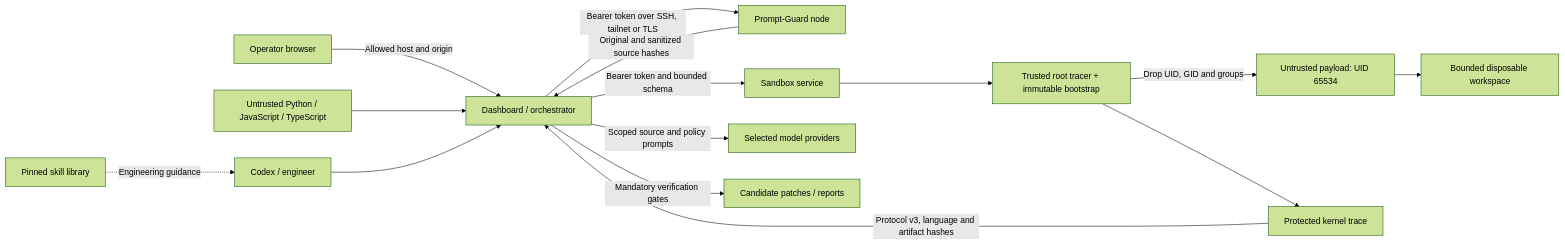
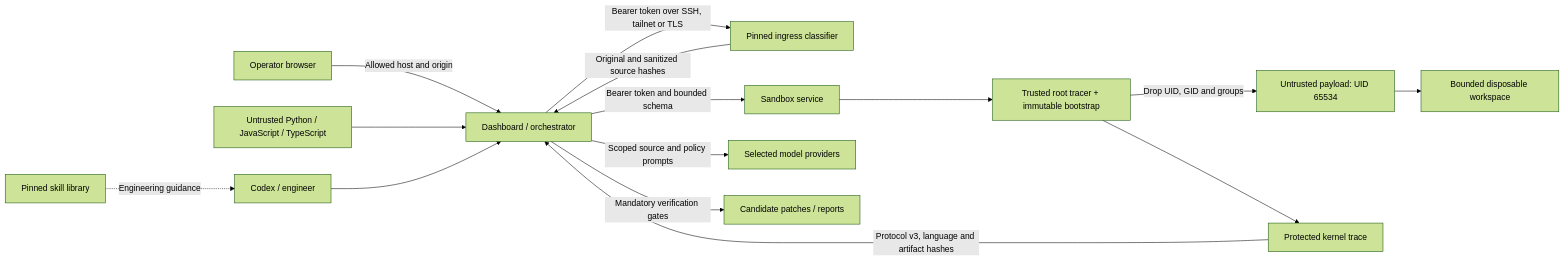
One commit to ephraimcrypto21/AgentWard-MuseVerify changed the diagram in docs/THREAT_MODEL.md. Above: the diagram before and after it, drawn with Mermaid (forest theme). The commit also changed other lines of this file and 24 other files, not shown here.

Commit message:
fix: make ingress classification source-aware with pinned model evidence

````diff
--- a/docs/THREAT_MODEL.md
+++ b/docs/THREAT_MODEL.md
@@ -10,17 +10,17 @@
 ```mermaid
 flowchart LR
     Browser[Operator browser] -->|Allowed host and origin| Dashboard[Dashboard / orchestrator]
     Source[Untrusted Python / JavaScript / TypeScript] --> Dashboard
     Skills[Pinned skill library] -. Engineering guidance .-> Engineer[Codex / engineer]
     Engineer --> Dashboard
-    Dashboard -->|Bearer token over SSH, tailnet or TLS| Ingress[Prompt-Guard node]
+    Dashboard -->|Bearer token over SSH, tailnet or TLS| Ingress[Pinned ingress classifier]
     Dashboard -->|Bearer token and bounded schema| Node[Sandbox service]
     Dashboard -->|Scoped source and policy prompts| Models[Selected model providers]
     Ingress -->|Original and sanitized source hashes| Dashboard
     Node --> Tracer[Trusted root tracer + immutable bootstrap]
     Tracer -->|Drop UID, GID and groups| Payload[Untrusted payload: UID 65534]
     Payload --> Workspace[Bounded disposable workspace]
     Tracer --> Evidence[Protected kernel trace]
     Evidence -->|Protocol v3, language and artifact hashes| Dashboard
     Dashboard -->|Mandatory verification gates| Reports[Candidate patches / reports]
 ```
````
